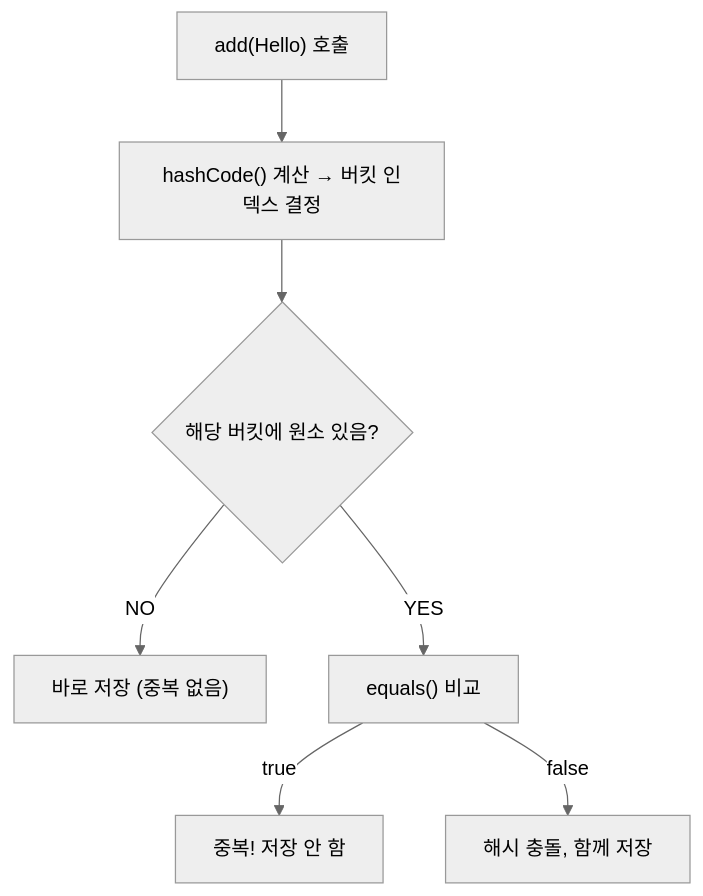
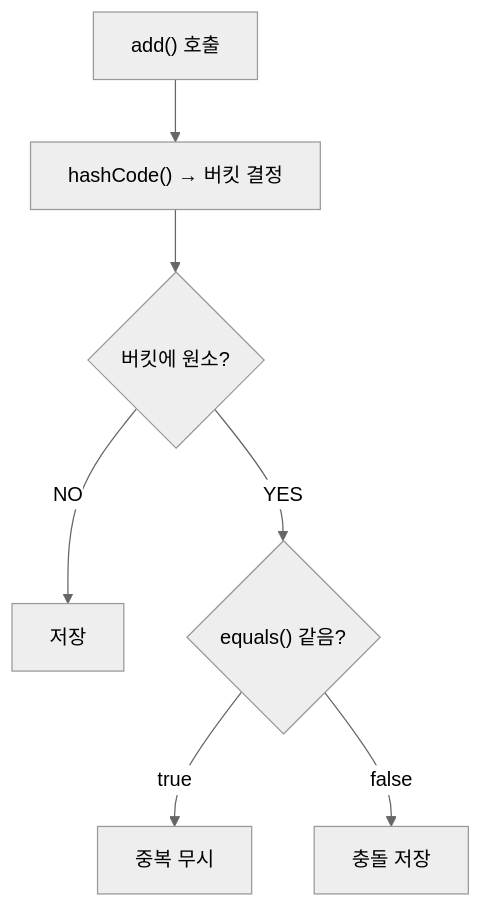
Before and after one commit to yjkim2015/yjkim2015.github.io: the sixth of 21 diagrams in _posts/java/2026-05-01-java-collections.md, drawn with Mermaid (neutral theme). The commit also changed other lines of this file and 215 other files, not shown here.

First line of the commit message:
신규 포스트 10개 추가 + Mermaid 전면 축소 + SystemDesign 시리즈 보강

````diff
--- a/_posts/java/2026-05-01-java-collections.md
+++ b/_posts/java/2026-05-01-java-collections.md
@@ -326,16 +256,9 @@
 ```mermaid
 graph TD
-    A["add(Hello) 호출"]
-    B["hashCode() 계산 → 버킷 인덱스 결정"]
-    C{"해당 버킷에 원소 있음?"}
-    D["바로 저장 (중복 없음)"]
-    E["equals() 비교"]
-    F["중복! 저장 안 함"]
-    G["해시 충돌, 함께 저장"]
-
-    A --> B --> C
-    C -->|NO| D
-    C -->|YES| E
-    E -->|true| F
-    E -->|false| G
+    A["add() 호출"] --> B["hashCode() → 버킷 결정"]
+    B --> C{"버킷에 원소?"}
+    C -->|NO| D["저장"]
+    C -->|YES| E{"equals() 같음?"}
+    E -->|true| F["중복 무시"]
+    E -->|false| G["충돌 저장"]
 ```
````
